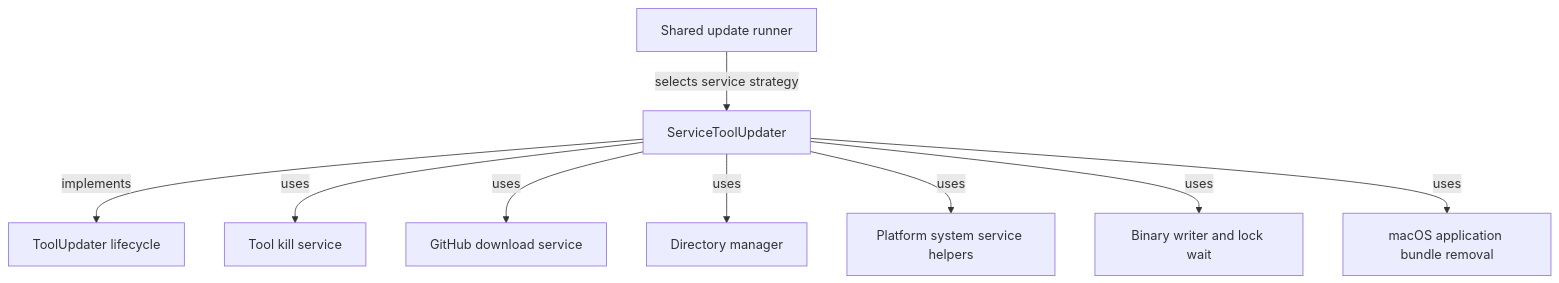
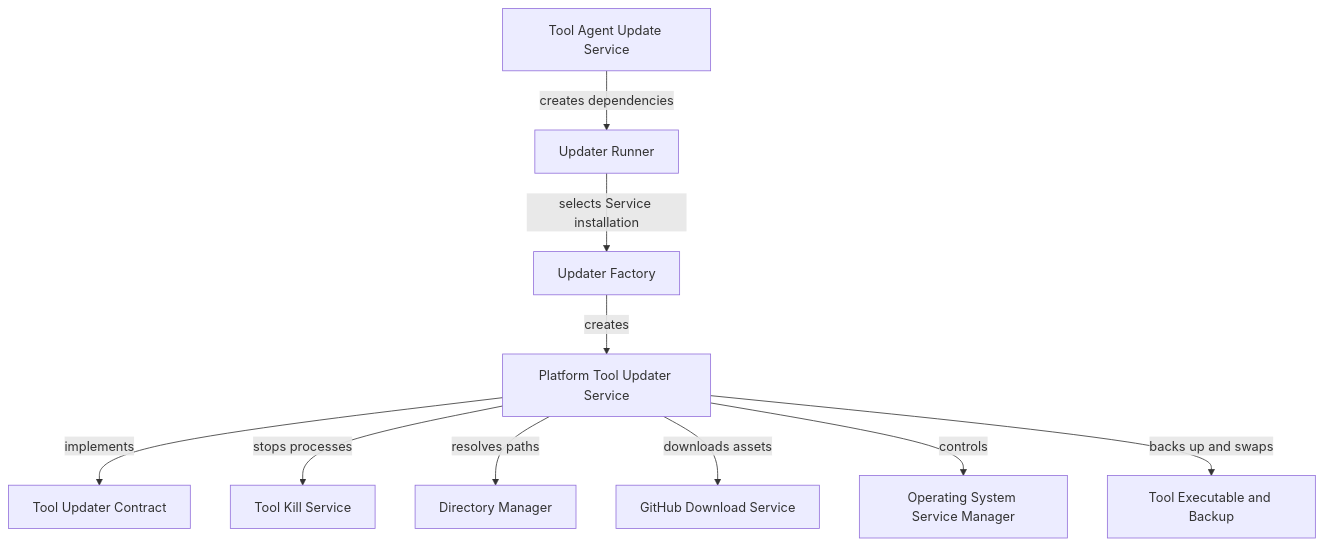
The first of 3 diagrams in docs/reference/architecture/openframe-client-core/platform-tool-updater-service/platform-tool-updater-service.md (flamingo-stack/openframe-oss-tenant), drawn with Mermaid before and after one commit. The commit also changed other lines of this file and 2377 other files, not shown here.

````diff
--- a/docs/reference/architecture/openframe-client-core/platform-tool-updater-service/platform-tool-updater-service.md
+++ b/docs/reference/architecture/openframe-client-core/platform-tool-updater-service/platform-tool-updater-service.md
@@ -24,11 +24,12 @@
 ```mermaid
 flowchart TD
-    UpdateRunner["Shared update runner"] -->|"selects service strategy"| ServiceUpdater["ServiceToolUpdater"]
-    ServiceUpdater -->|"implements"| UpdaterContract["ToolUpdater lifecycle"]
-    ServiceUpdater -->|"uses"| KillService["Tool kill service"]
-    ServiceUpdater -->|"uses"| DownloadService["GitHub download service"]
-    ServiceUpdater -->|"uses"| DirectoryManager["Directory manager"]
-    ServiceUpdater -->|"uses"| SystemService["Platform system service helpers"]
-    ServiceUpdater -->|"uses"| BinaryWriter["Binary writer and lock wait"]
-    ServiceUpdater -->|"uses"| BundleRemoval["macOS application bundle removal"]
+    UpdateService["Tool Agent Update Service"] -->|"creates dependencies"| UpdateRunner["Updater Runner"]
+    UpdateRunner -->|"selects Service installation"| Factory["Updater Factory"]
+    Factory -->|"creates"| ServiceUpdater["Platform Tool Updater Service"]
+    ServiceUpdater -->|"implements"| UpdaterContract["Tool Updater Contract"]
+    ServiceUpdater -->|"stops processes"| ToolKill["Tool Kill Service"]
+    ServiceUpdater -->|"resolves paths"| Directories["Directory Manager"]
+    ServiceUpdater -->|"downloads assets"| DownloadService["GitHub Download Service"]
+    ServiceUpdater -->|"controls"| SystemService["Operating System Service Manager"]
+    ServiceUpdater -->|"backs up and swaps"| FileSystem["Tool Executable and Backup"]
 ```
````
